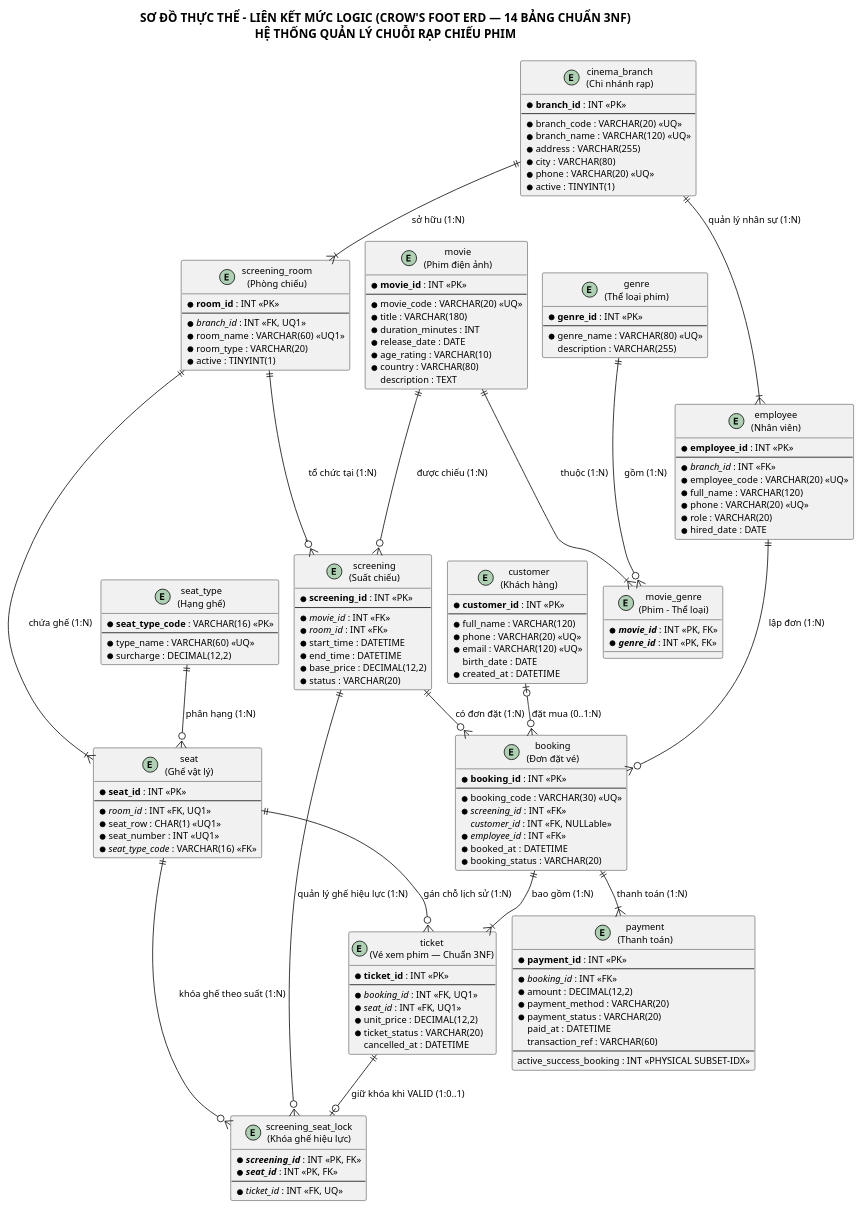
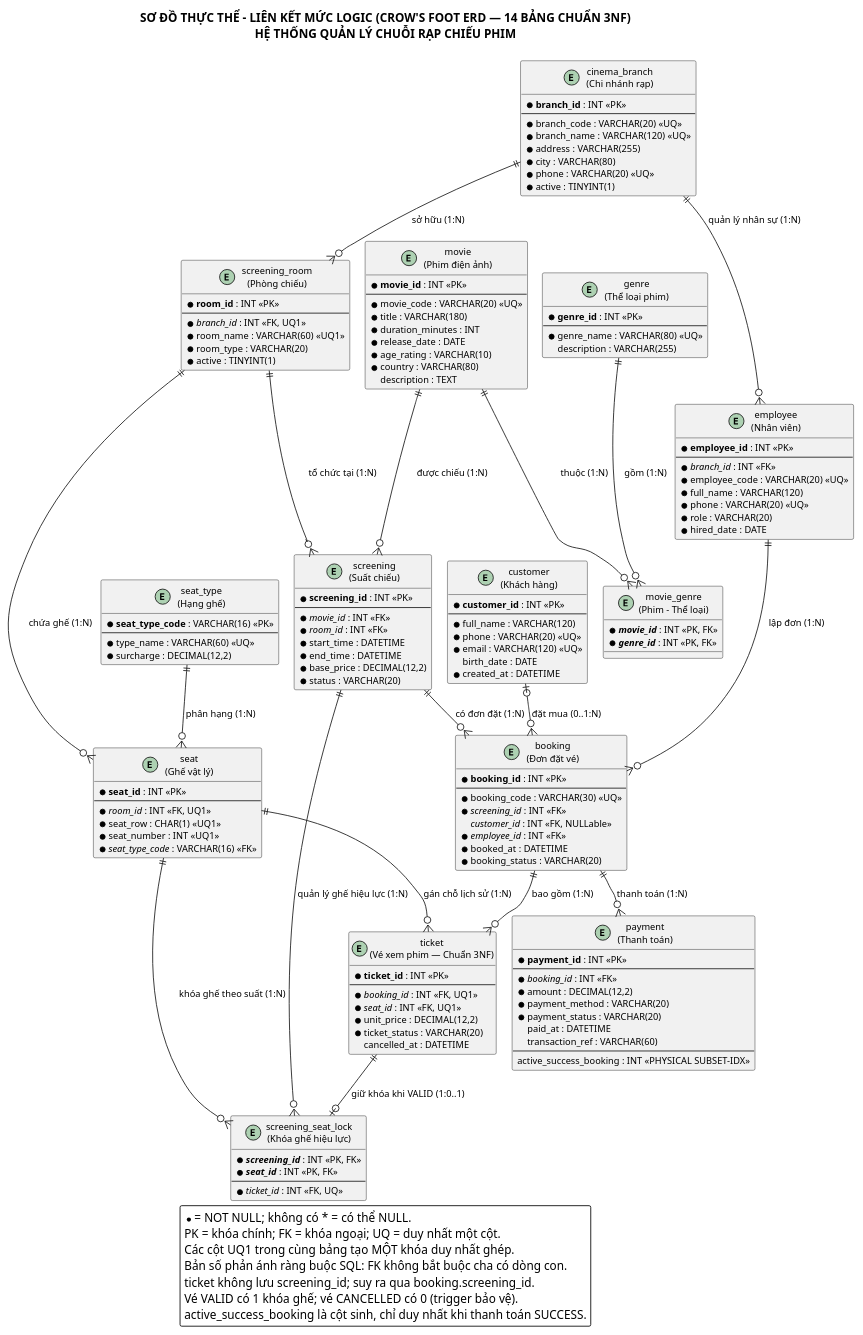
One commit to lnb2x/quan-ly-chuoi-rap-phim changed the diagram in docs/erd/erd-logical.puml. Above: the diagram before and after it, drawn with PlantUML. The commit also changed 125 other files, not shown here.

```diff
--- a/docs/erd/erd-logical.puml
+++ b/docs/erd/erd-logical.puml
@@ -1,162 +1,172 @@
 @startuml erd-logical
 !pragma layout smetana
 skinparam backgroundColor #FFFFFF
 skinparam defaultFontName "Arial"
 skinparam defaultFontSize 11
 skinparam shadowing false
 skinparam roundCorner 4
 
 title SƠ ĐỒ THỰC THỂ – LIÊN KẾT MỨC LOGIC (CROW'S FOOT ERD — 14 BẢNG CHUẨN 3NF)\nHỆ THỐNG QUẢN LÝ CHUỖI RẠP CHIẾU PHIM
 
 entity "cinema_branch\n(Chi nhánh rạp)" as cinema_branch {
   * **branch_id** : INT <<PK>>
   --
   * branch_code : VARCHAR(20) <<UQ>>
   * branch_name : VARCHAR(120) <<UQ>>
   * address : VARCHAR(255)
   * city : VARCHAR(80)
   * phone : VARCHAR(20) <<UQ>>
   * active : TINYINT(1)
 }
 
 entity "screening_room\n(Phòng chiếu)" as screening_room {
   * **room_id** : INT <<PK>>
   --
   * //branch_id// : INT <<FK, UQ1>>
   * room_name : VARCHAR(60) <<UQ1>>
   * room_type : VARCHAR(20)
   * active : TINYINT(1)
 }
 
 entity "seat_type\n(Hạng ghế)" as seat_type {
   * **seat_type_code** : VARCHAR(16) <<PK>>
   --
   * type_name : VARCHAR(60) <<UQ>>
   * surcharge : DECIMAL(12,2)
 }
 
 entity "seat\n(Ghế vật lý)" as seat {
   * **seat_id** : INT <<PK>>
   --
   * //room_id// : INT <<FK, UQ1>>
   * seat_row : CHAR(1) <<UQ1>>
   * seat_number : INT <<UQ1>>
   * //seat_type_code// : VARCHAR(16) <<FK>>
 }
 
 entity "movie\n(Phim điện ảnh)" as movie {
   * **movie_id** : INT <<PK>>
   --
   * movie_code : VARCHAR(20) <<UQ>>
   * title : VARCHAR(180)
   * duration_minutes : INT
   * release_date : DATE
   * age_rating : VARCHAR(10)
   * country : VARCHAR(80)
   description : TEXT
 }
 
 entity "genre\n(Thể loại phim)" as genre {
   * **genre_id** : INT <<PK>>
   --
   * genre_name : VARCHAR(80) <<UQ>>
   description : VARCHAR(255)
 }
 
 entity "movie_genre\n(Phim - Thể loại)" as movie_genre {
   * **//movie_id//** : INT <<PK, FK>>
   * **//genre_id//** : INT <<PK, FK>>
 }
 
 entity "screening\n(Suất chiếu)" as screening {
   * **screening_id** : INT <<PK>>
   --
   * //movie_id// : INT <<FK>>
   * //room_id// : INT <<FK>>
   * start_time : DATETIME
   * end_time : DATETIME
   * base_price : DECIMAL(12,2)
   * status : VARCHAR(20)
 }
 
 entity "customer\n(Khách hàng)" as customer {
   * **customer_id** : INT <<PK>>
   --
   * full_name : VARCHAR(120)
   * phone : VARCHAR(20) <<UQ>>
   * email : VARCHAR(120) <<UQ>>
   birth_date : DATE
   * created_at : DATETIME
 }
 
 entity "employee\n(Nhân viên)" as employee {
   * **employee_id** : INT <<PK>>
   --
   * //branch_id// : INT <<FK>>
   * employee_code : VARCHAR(20) <<UQ>>
   * full_name : VARCHAR(120)
   * phone : VARCHAR(20) <<UQ>>
   * role : VARCHAR(20)
   * hired_date : DATE
 }
 
 entity "booking\n(Đơn đặt vé)" as booking {
   * **booking_id** : INT <<PK>>
   --
   * booking_code : VARCHAR(30) <<UQ>>
   * //screening_id// : INT <<FK>>
   //customer_id// : INT <<FK, NULLable>>
   * //employee_id// : INT <<FK>>
   * booked_at : DATETIME
   * booking_status : VARCHAR(20)
 }
 
 entity "ticket\n(Vé xem phim — Chuẩn 3NF)" as ticket {
   * **ticket_id** : INT <<PK>>
   --
   * //booking_id// : INT <<FK, UQ1>>
   * //seat_id// : INT <<FK, UQ1>>
   * unit_price : DECIMAL(12,2)
   * ticket_status : VARCHAR(20)
   cancelled_at : DATETIME
 }
 
 entity "screening_seat_lock\n(Khóa ghế hiệu lực)" as screening_seat_lock {
   * **//screening_id//** : INT <<PK, FK>>
   * **//seat_id//** : INT <<PK, FK>>
   --
   * //ticket_id// : INT <<FK, UQ>>
 }
 
 entity "payment\n(Thanh toán)" as payment {
   * **payment_id** : INT <<PK>>
   --
   * //booking_id// : INT <<FK>>
   * amount : DECIMAL(12,2)
   * payment_method : VARCHAR(20)
   * payment_status : VARCHAR(20)
   paid_at : DATETIME
   transaction_ref : VARCHAR(60)
   --
   active_success_booking : INT <<PHYSICAL SUBSET-IDX>>
 }
 
-cinema_branch ||--|{ screening_room : "sở hữu (1:N)"
-cinema_branch ||--|{ employee : "quản lý nhân sự (1:N)"
-screening_room ||--|{ seat : "chứa ghế (1:N)"
+cinema_branch ||--o{ screening_room : "sở hữu (1:N)"
+cinema_branch ||--o{ employee : "quản lý nhân sự (1:N)"
+screening_room ||--o{ seat : "chứa ghế (1:N)"
 seat_type ||--o{ seat : "phân hạng (1:N)"
-movie ||--|{ movie_genre : "thuộc (1:N)"
+movie ||--o{ movie_genre : "thuộc (1:N)"
 genre ||--o{ movie_genre : "gồm (1:N)"
 movie ||--o{ screening : "được chiếu (1:N)"
 screening_room ||--o{ screening : "tổ chức tại (1:N)"
 screening ||--o{ booking : "có đơn đặt (1:N)"
 customer |o--o{ booking : "đặt mua (0..1:N)"
 employee ||--o{ booking : "lập đơn (1:N)"
-booking ||--|{ ticket : "bao gồm (1:N)"
+booking ||--o{ ticket : "bao gồm (1:N)"
 seat ||--o{ ticket : "gán chỗ lịch sử (1:N)"
 screening ||--o{ screening_seat_lock : "quản lý ghế hiệu lực (1:N)"
 seat ||--o{ screening_seat_lock : "khóa ghế theo suất (1:N)"
 ticket ||--o| screening_seat_lock : "giữ khóa khi VALID (1:0..1)"
-booking ||--|{ payment : "thanh toán (1:N)"
+booking ||--o{ payment : "thanh toán (1:N)"
+
+legend bottom
+  * = NOT NULL; không có * = có thể NULL.
+  PK = khóa chính; FK = khóa ngoại; UQ = duy nhất một cột.
+  Các cột UQ1 trong cùng bảng tạo MỘT khóa duy nhất ghép.
+  Bản số phản ánh ràng buộc SQL: FK không bắt buộc cha có dòng con.
+  ticket không lưu screening_id; suy ra qua booking.screening_id.
+  Vé VALID có 1 khóa ghế; vé CANCELLED có 0 (trigger bảo vệ).
+  active_success_booking là cột sinh, chỉ duy nhất khi thanh toán SUCCESS.
+endlegend
 
 @enduml
```
